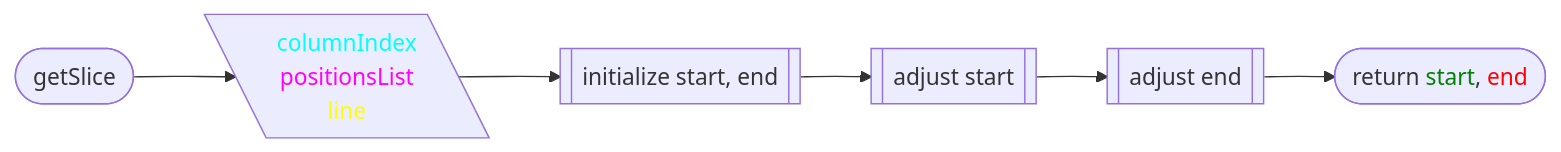
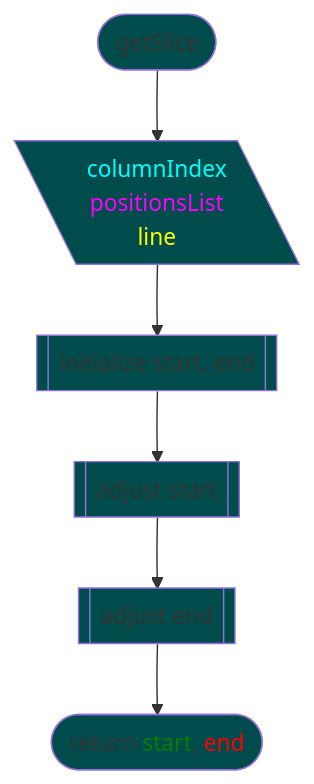
Before and after one commit to 7s4e/p3: the seventh of 20 diagrams in scripts/table/design.md, drawn with Mermaid. The commit also changed other lines of this file, not shown here.

````diff
--- a/scripts/table/design.md
+++ b/scripts/table/design.md
@@ -219,17 +214,18 @@
 ```mermaid
-flowchart LR
-    STR([getSlice])
+flowchart
+    classDef fill fill:#004c4c
+    STR([getSlice]):::fill
         STR --> ARG
     ARG[\"<span style='color:cyan;'>columnIndex</span>
           <span style='color:magenta;'>positionsList</span>
-          <span style='color:yellow;'>line</span>"\]
+          <span style='color:yellow;'>line</span>"\]:::fill
         ARG --> INT
-    INT[[initialize start, end]]
+    INT[[initialize start, end]]:::fill
         INT --> AJS
-    AJS[[adjust start]]
+    AJS[[adjust start]]:::fill
         AJS --> AJE
-    AJE[[adjust end]]
+    AJE[[adjust end]]:::fill
         AJE --> END
     END(["return <span style='color:green;'>start</span>, <span style=
-              'color:red;'>end</span>"])
+              'color:red;'>end</span>"]):::fill
 ```
````
